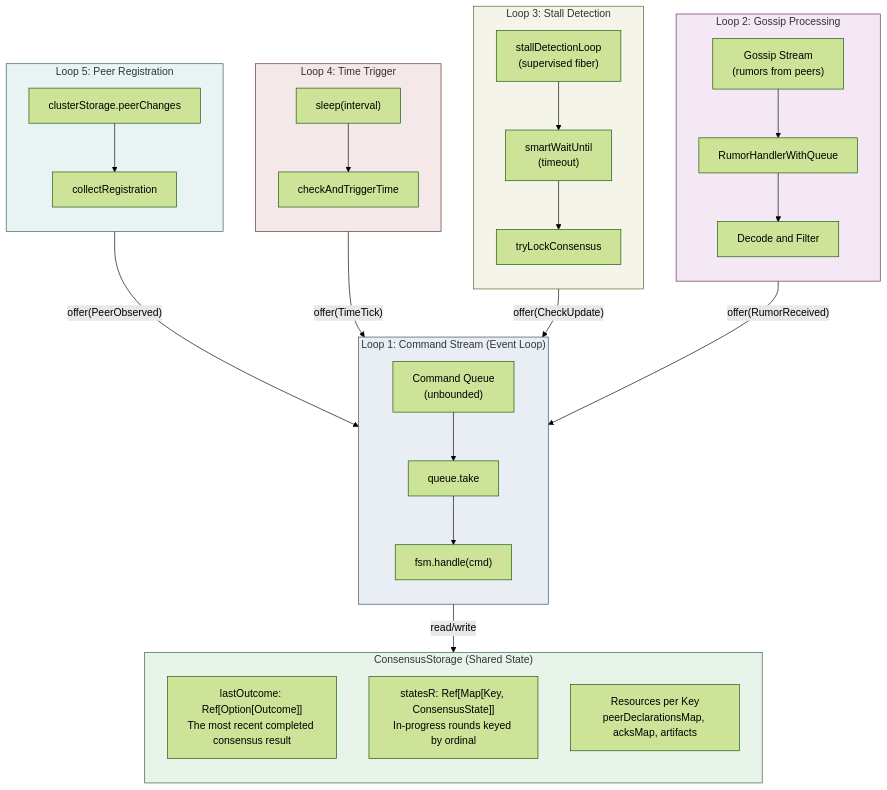
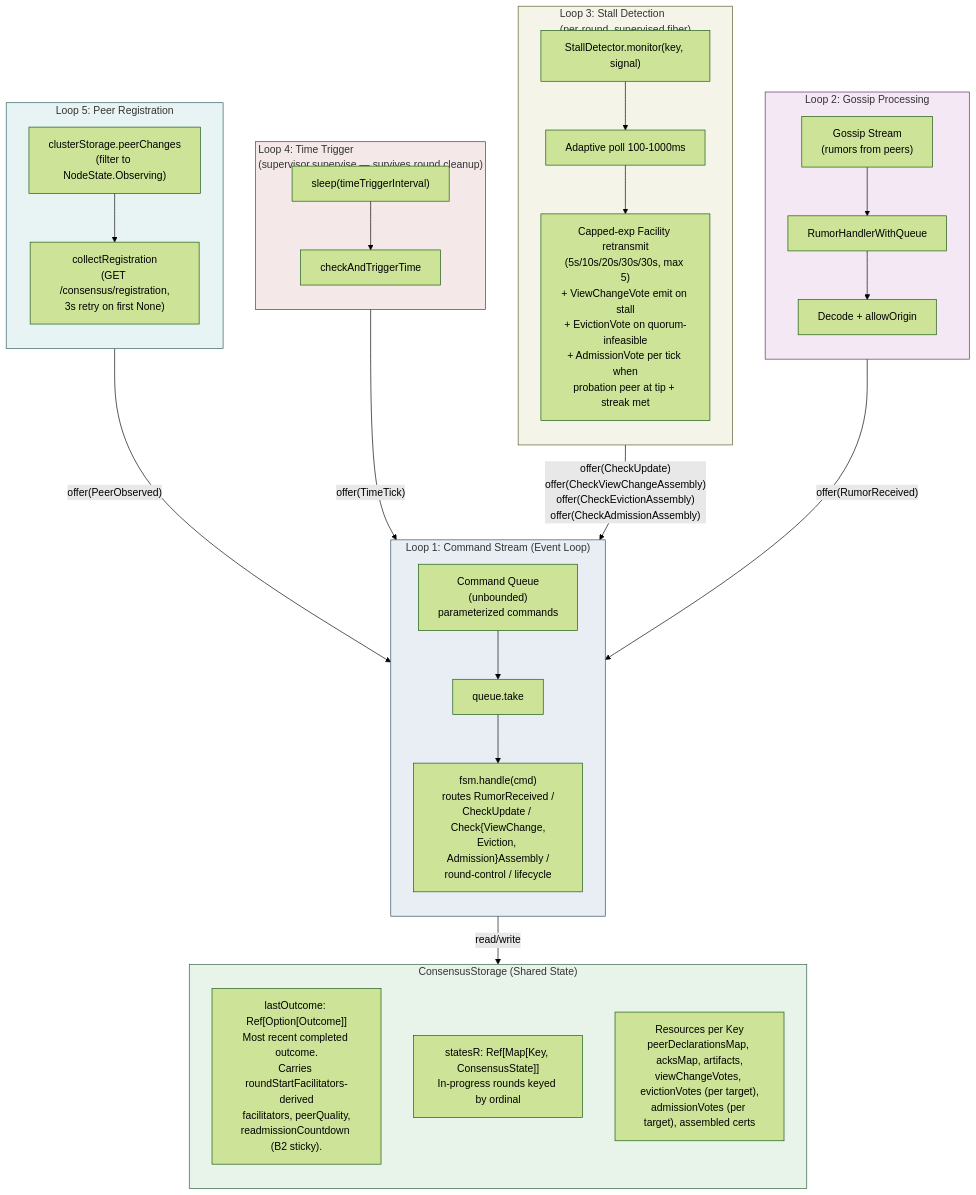
Before and after one commit to Constellation-Labs/tessellation: the diagram in docs/consensus/diagrams/consensus-concurrent-loops.mmd, drawn with Mermaid (forest theme). The commit also changed 20 other files, not shown here.

First line of the commit message:
docs: refresh consensus docs and diagrams for fork-recovery followup

```diff
--- a/docs/consensus/diagrams/consensus-concurrent-loops.mmd
+++ b/docs/consensus/diagrams/consensus-concurrent-loops.mmd
@@ -1,59 +1,59 @@
 flowchart TB
     subgraph Storage["ConsensusStorage (Shared State)"]
         direction TB
-        LastOutcome["lastOutcome: Ref[Option[Outcome]]<br/>The most recent completed consensus result"]
+        LastOutcome["lastOutcome: Ref[Option[Outcome]]<br/>Most recent completed outcome.<br/>Carries roundStartFacilitators-derived<br/>facilitators, peerQuality,<br/>readmissionCountdown (B2 sticky)."]
         StateMap["statesR: Ref[Map[Key, ConsensusState]]<br/>In-progress rounds keyed by ordinal"]
-        Resources["Resources per Key<br/>peerDeclarationsMap, acksMap, artifacts"]
+        Resources["Resources per Key<br/>peerDeclarationsMap, acksMap, artifacts,<br/>viewChangeVotes, evictionVotes (per target),<br/>admissionVotes (per target), assembled certs"]
     end
 
     subgraph Loop1["Loop 1: Command Stream (Event Loop)"]
         direction TB
-        Queue["Command Queue<br/>(unbounded)"]
+        Queue["Command Queue<br/>(unbounded)<br/>parameterized commands"]
         Take["queue.take"]
-        FSM["fsm.handle(cmd)"]
+        FSM["fsm.handle(cmd)<br/>routes RumorReceived /<br/>CheckUpdate / Check{ViewChange,<br/>Eviction, Admission}Assembly /<br/>round-control / lifecycle"]
         Queue --> Take --> FSM
     end
 
     subgraph Loop2["Loop 2: Gossip Processing"]
         direction TB
         GossipStream["Gossip Stream<br/>(rumors from peers)"]
         RHQ["RumorHandlerWithQueue"]
-        Decode["Decode and Filter"]
+        Decode["Decode + allowOrigin"]
         GossipStream --> RHQ --> Decode
     end
 
-    subgraph Loop3["Loop 3: Stall Detection"]
+    subgraph Loop3["Loop 3: Stall Detection<br/>(per-round, supervised fiber)"]
         direction TB
-        StallLoop["stallDetectionLoop<br/>(supervised fiber)"]
-        Wait["smartWaitUntil<br/>(timeout)"]
-        Lock["tryLockConsensus"]
-        StallLoop --> Wait --> Lock
+        StallLoop["StallDetector.monitor(key, signal)"]
+        Adaptive["Adaptive poll 100-1000ms"]
+        Reactions["Capped-exp Facility retransmit<br/>(5s/10s/20s/30s/30s, max 5)<br/>+ ViewChangeVote emit on stall<br/>+ EvictionVote on quorum-infeasible<br/>+ AdmissionVote per tick when<br/>probation peer at tip + streak met"]
+        StallLoop --> Adaptive --> Reactions
     end
 
-    subgraph Loop4["Loop 4: Time Trigger"]
+    subgraph Loop4["Loop 4: Time Trigger<br/>(supervisor.supervise — survives round cleanup)"]
         direction TB
-        Sleep["sleep(interval)"]
+        Sleep["sleep(timeTriggerInterval)"]
         CheckTime["checkAndTriggerTime"]
         Sleep --> CheckTime
     end
 
     subgraph Loop5["Loop 5: Peer Registration"]
         direction TB
-        PeerChanges["clusterStorage.peerChanges"]
-        CollectReg["collectRegistration"]
+        PeerChanges["clusterStorage.peerChanges<br/>(filter to NodeState.Observing)"]
+        CollectReg["collectRegistration<br/>(GET /consensus/registration,<br/>3s retry on first None)"]
         PeerChanges --> CollectReg
     end
 
     Decode -->|"offer(RumorReceived)"| Queue
-    Lock -->|"offer(CheckUpdate)"| Queue
+    Reactions -->|"offer(CheckUpdate)<br/>offer(CheckViewChangeAssembly)<br/>offer(CheckEvictionAssembly)<br/>offer(CheckAdmissionAssembly)"| Queue
     CheckTime -->|"offer(TimeTick)"| Queue
     CollectReg -->|"offer(PeerObserved)"| Queue
 
     FSM -->|"read/write"| Storage
 
     style Storage fill:#e8f4ea,stroke:#2d5a3d
     style Loop1 fill:#e8eef4,stroke:#2d4a5a
     style Loop2 fill:#f4e8f4,stroke:#5a2d5a
     style Loop3 fill:#f4f4e8,stroke:#5a5a2d
     style Loop4 fill:#f4e8e8,stroke:#5a2d2d
     style Loop5 fill:#e8f4f4,stroke:#2d5a5a
```
